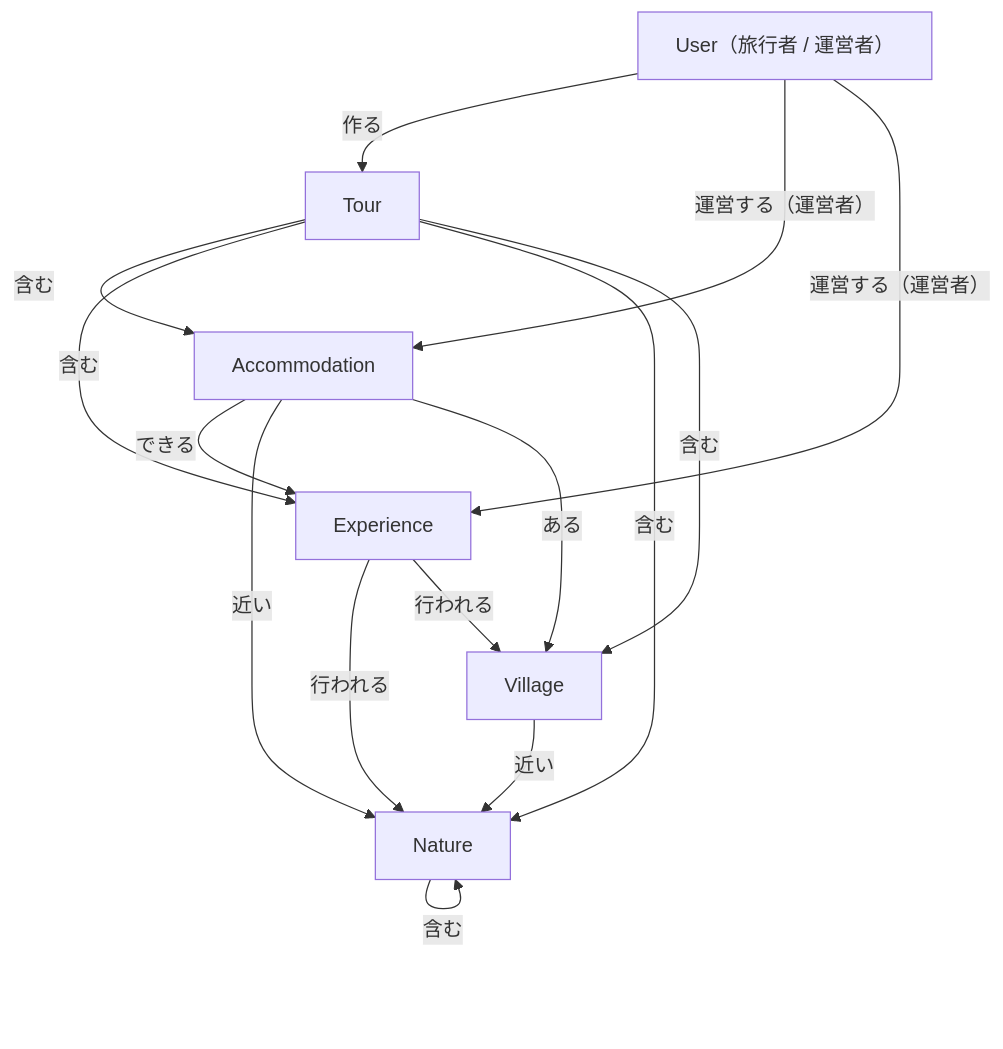
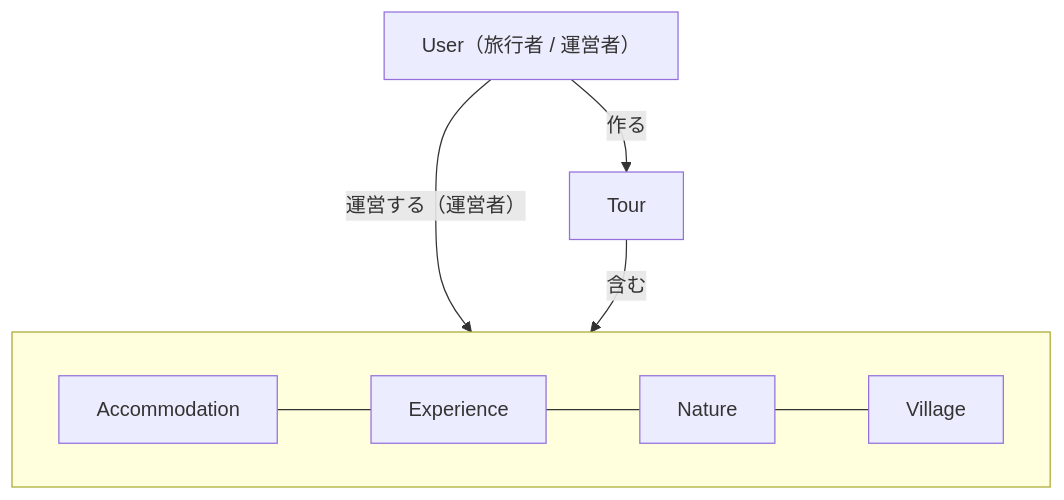
The diagram in docs/data-model.md (jsongold/wandrara), drawn with Mermaid before and after one commit. The commit also changed other lines of this file, not shown here.

Commit message:
宿・体験・自然・村を同じ段に並べる
Claude-Session: https://claude.ai/code/session_01M9oQ1iNjFN2eVxAQpz7ASN

````diff
--- a/docs/data-model.md
+++ b/docs/data-model.md
@@ -7,24 +7,13 @@
 ```mermaid
 flowchart TB
   User["User（旅行者 / 運営者）"]
   Tour
-  Accommodation
-  Experience
-  Nature
-  Village
+  subgraph same[" "]
+    direction LR
+    Accommodation --- Experience --- Nature --- Village
+  end
 
   User -- 作る --> Tour
-  User -- 運営する（運営者） --> Accommodation
-  User -- 運営する（運営者） --> Experience
-  Tour -- 含む --> Accommodation
-  Tour -- 含む --> Experience
-  Tour -- 含む --> Nature
-  Tour -- 含む --> Village
-  Accommodation -- できる --> Experience
-  Accommodation -- 近い --> Nature
-  Accommodation -- ある --> Village
-  Experience -- 行われる --> Nature
-  Experience -- 行われる --> Village
-  Village -- 近い --> Nature
-  Nature -- 含む --> Nature
+  User -- 運営する（運営者） --> same
+  Tour -- 含む --> same
 ```
````
